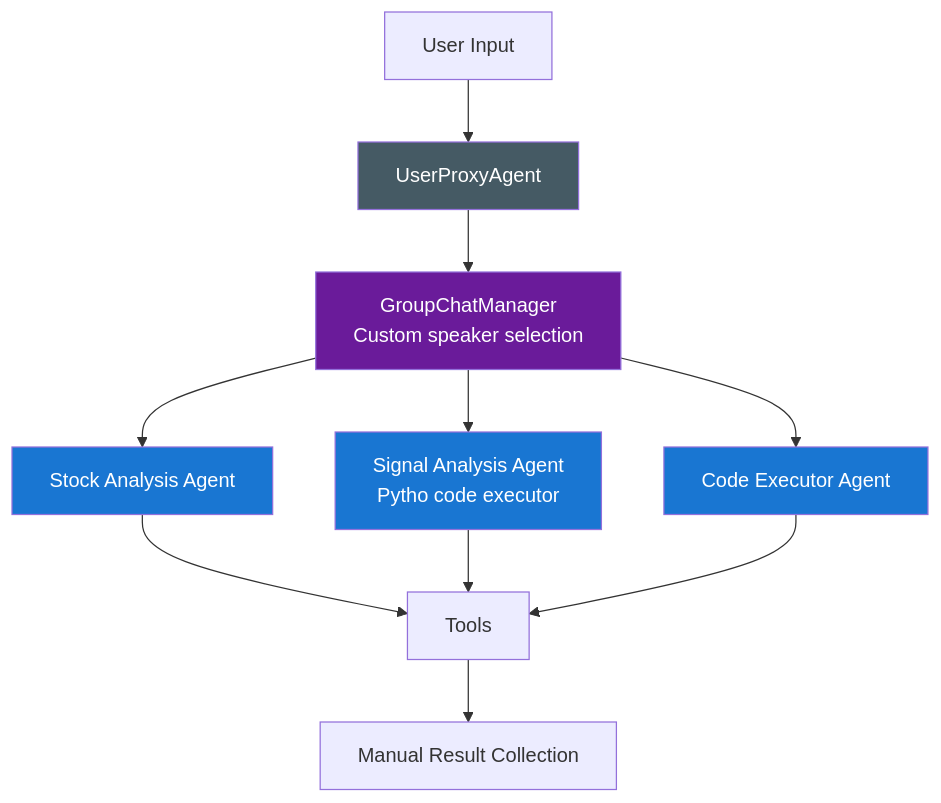
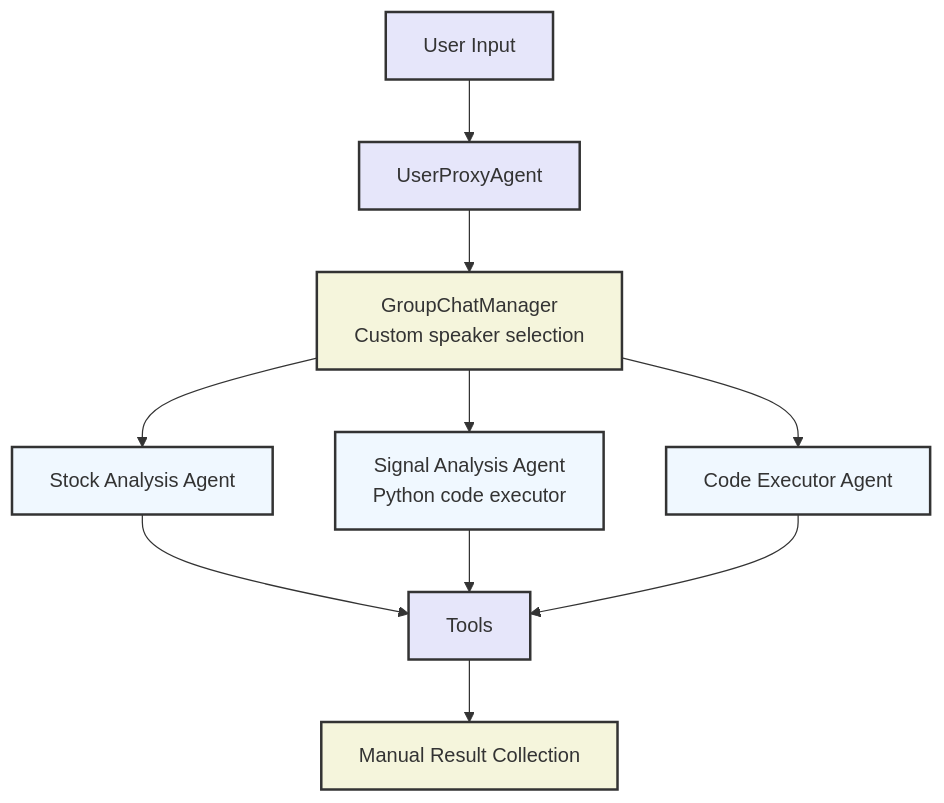
One commit to kimtth/agent-quant-stock-invest changed the second of 4 diagrams in README.md. Above: the diagram before and after it, drawn with Mermaid. The commit also changed other lines of this file and 18 other files, not shown here.

````diff
--- a/README.md
+++ b/README.md
@@ -102,16 +100,16 @@
 ```mermaid
 flowchart TD
-    classDef proxy fill:#455a64,color:#fff;
-    classDef manager fill:#6a1b9a,color:#fff;
-    classDef agent fill:#1976d2,color:#fff;
-    
-    A[User Input] --> B[UserProxyAgent]:::proxy
-    B --> C[GroupChatManager<br/>Custom speaker selection]:::manager
-    C --> D[Stock Analysis Agent]:::agent
-    C --> E[Signal Analysis Agent<br/>Pytho code executor]:::agent
-    C --> F[Code Executor Agent]:::agent
-    D --> G[Tools]
+    classDef hw     fill:#e6e6fa,stroke:#333,stroke-width:2px
+    classDef kernel fill:#f5f5dc,stroke:#333,stroke-width:2px
+    classDef cpu    fill:#f0f8ff,stroke:#333,stroke-width:2px
+
+    A[User Input]:::hw --> B[UserProxyAgent]:::hw
+    B --> C[GroupChatManager<br/>Custom speaker selection]:::kernel
+    C --> D[Stock Analysis Agent]:::cpu
+    C --> E[Signal Analysis Agent<br/>Python code executor]:::cpu
+    C --> F[Code Executor Agent]:::cpu
+    D --> G[Tools]:::hw
     E --> G
     F --> G
-    G --> H[Manual Result Collection]
+    G --> H[Manual Result Collection]:::kernel
 ```
````
